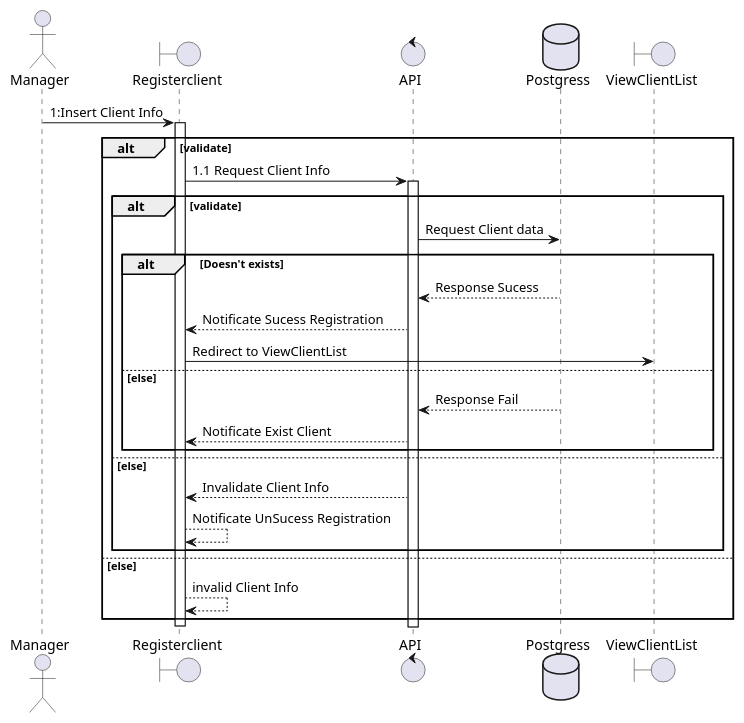
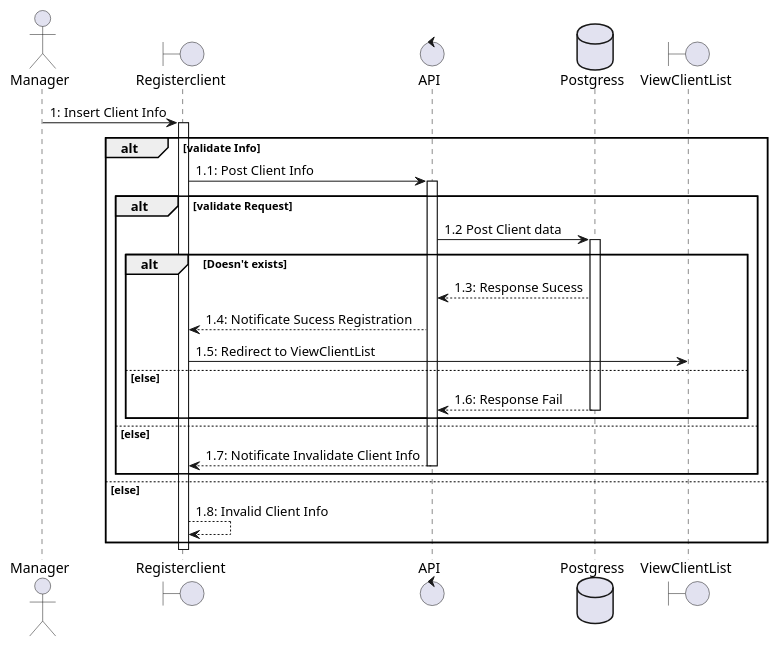
The diagram in diagram/main/Sequence/RegisterClient.puml (bosshentai/tccCode), drawn with PlantUML before and after one commit. The commit also changed 3 other files, not shown here.

```diff
--- a/diagram/main/Sequence/RegisterClient.puml
+++ b/diagram/main/Sequence/RegisterClient.puml
@@ -1,56 +1,58 @@
 @startuml RegisterClient
 
 
 actor Manager as a1
 boundary Registerclient as b1
 control API as c1
 database Postgress as db
 boundary ViewClientList as b2
 
 
-a1 -> b1 : 1:Insert Client Info
+a1 -> b1 : 1: Insert Client Info
 activate b1
-alt validate
+alt validate Info
 
-    b1 -> c1: 1.1 Request Client Info
+    b1 -> c1: 1.1: Post Client Info
     activate c1
 
-    alt validate
-    c1 -> db: Request Client data
+    alt validate Request
+    c1 -> db: 1.2 Post Client data
+    activate db
 
         alt Doesn't exists
-            db --> c1 : Response Sucess
+            db --> c1 : 1.3: Response Sucess
 
-            c1 --> b1 : Notificate Sucess Registration
+            c1 --> b1 : 1.4: Notificate Sucess Registration
 
-            b1 -> b2 : Redirect to ViewClientList
+            b1 -> b2 : 1.5: Redirect to ViewClientList
 
         else else
 
-            db --> c1 : Response Fail
+            db --> c1 : 1.6: Response Fail
 
-            c1 --> b1 : Notificate Exist Client
+            ' c1 --> b1 : 1.7: Notificate Exist Client
 
+            deactivate db
         end
-
     else else
 
-    c1 --> b1: Invalidate Client Info
-    b1 --> b1 : Notificate UnSucess Registration
+    c1 --> b1:  1.7: Notificate Invalidate Client Info
+    ' b1 --> b1 : Notificate Fail Registration
+    deactivate c1
     end
 
 else else
 
 
-    b1 --> b1: invalid Client Info
+    b1 --> b1: 1.8: Invalid Client Info
 
 
 
 end
 deactivate b1
 
 
 
 
 
 @enduml
```
